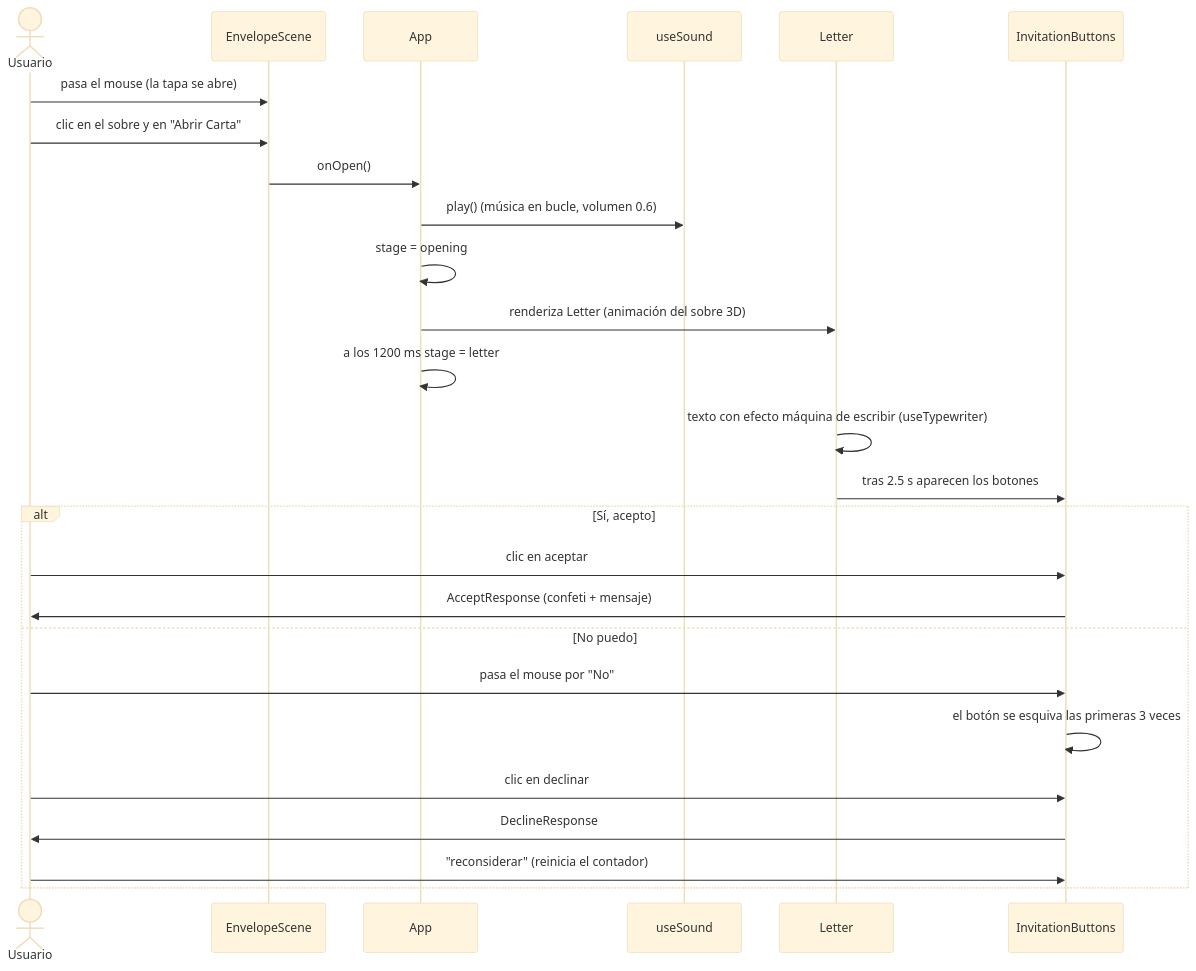
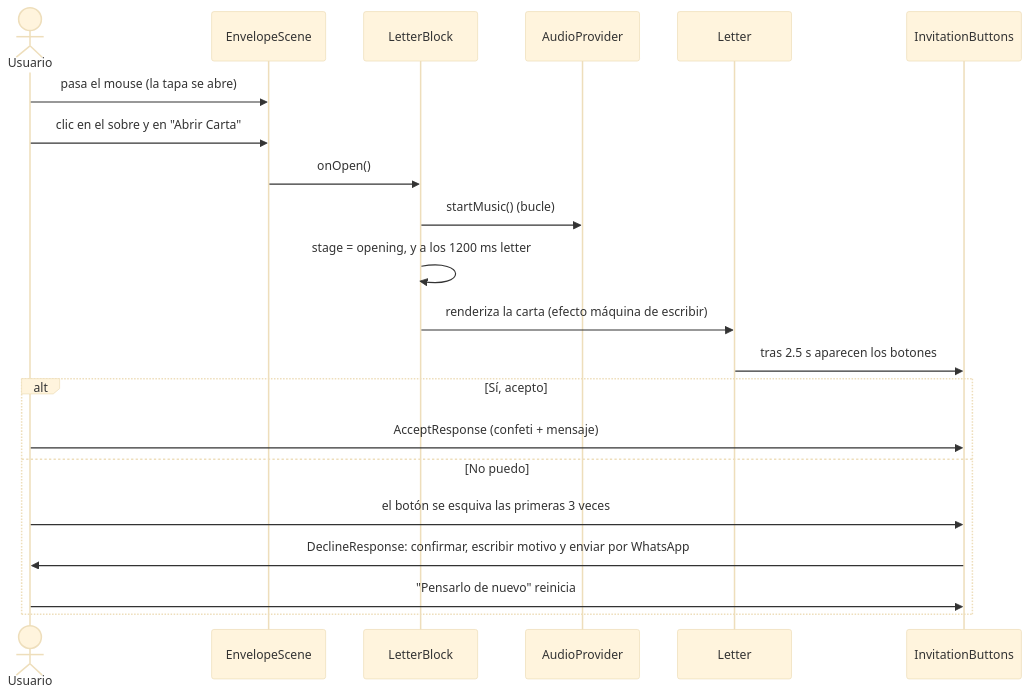
One commit to JHONZ-01/Proyect_love changed the third of 5 diagrams in docs/FLUJO.md. Above: the diagram before and after it, drawn with Mermaid (base theme). The commit also changed other lines of this file and 73 other files, not shown here.

````diff
--- a/docs/FLUJO.md
+++ b/docs/FLUJO.md
@@ -17,29 +27,24 @@
 ```mermaid
 sequenceDiagram
     actor U as Usuario
     participant E as EnvelopeScene
-    participant A as App
-    participant S as useSound
+    participant B as LetterBlock
+    participant A as AudioProvider
     participant L as Letter
-    participant B as InvitationButtons
+    participant I as InvitationButtons
 
     U->>E: pasa el mouse (la tapa se abre)
     U->>E: clic en el sobre y en "Abrir Carta"
-    E->>A: onOpen()
-    A->>S: play() (música en bucle, volumen 0.6)
-    A->>A: stage = opening
-    A->>L: renderiza Letter (animación del sobre 3D)
-    A->>A: a los 1200 ms stage = letter
-    L->>L: texto con efecto máquina de escribir (useTypewriter)
-    L->>B: tras 2.5 s aparecen los botones
+    E->>B: onOpen()
+    B->>A: startMusic() (bucle)
+    B->>B: stage = opening, y a los 1200 ms letter
+    B->>L: renderiza la carta (efecto máquina de escribir)
+    L->>I: tras 2.5 s aparecen los botones
     alt Sí, acepto
-        U->>B: clic en aceptar
-        B->>U: AcceptResponse (confeti + mensaje)
+        U->>I: AcceptResponse (confeti + mensaje)
     else No puedo
-        U->>B: pasa el mouse por "No"
-        B->>B: el botón se esquiva las primeras 3 veces
-        U->>B: clic en declinar
-        B->>U: DeclineResponse
-        U->>B: "reconsiderar" (reinicia el contador)
+        U->>I: el botón se esquiva las primeras 3 veces
+        I->>U: DeclineResponse: confirmar, escribir motivo y enviar por WhatsApp
+        U->>I: "Pensarlo de nuevo" reinicia
     end
 ```
````
